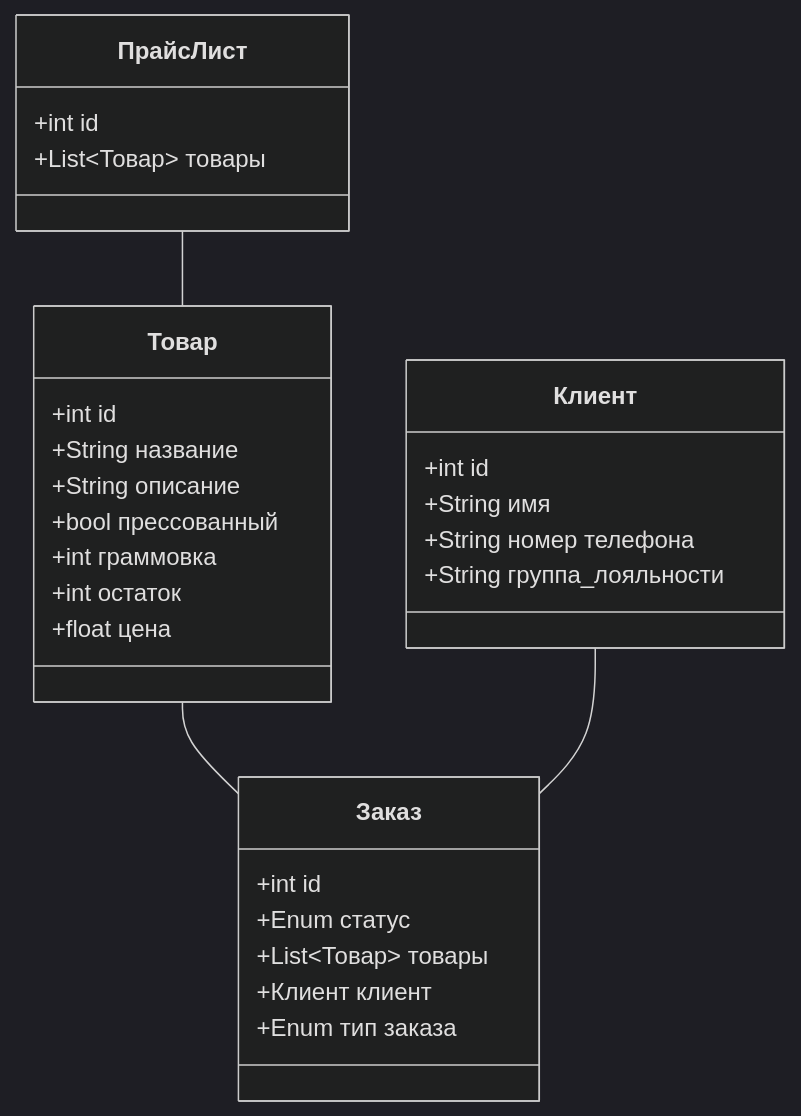
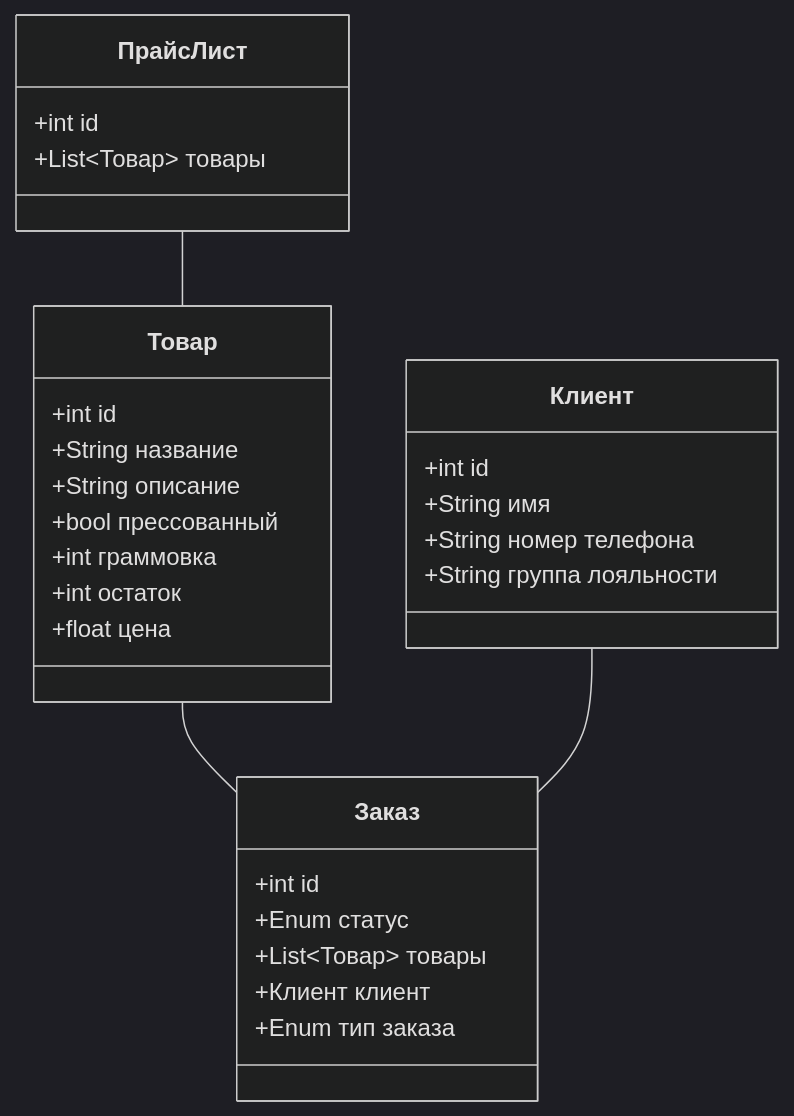
The first of 2 diagrams in obsidian_tech_task/ТЗ Чайной/Диаграммы/Диаграмма классов.md (jenya-second/TeaHouse), drawn with Mermaid (dark theme) before and after one commit. The commit also changed other lines of this file and 25 other files, not shown here.

````diff
--- a/obsidian_tech_task/ТЗ Чайной/Диаграммы/Диаграмма классов.md
+++ b/obsidian_tech_task/ТЗ Чайной/Диаграммы/Диаграмма классов.md
@@ -6,37 +8,37 @@
 ```mermaid
 classDiagram
     class Товар {
         +int id
         +String название
         +String описание
         +bool прессованный
         +int граммовка
         +int остаток
         +float цена
     }
 
     class Клиент {
         +int id
         +String имя
         +String номер телефона
-        +String группа_лояльности
+        +String группа лояльности
     }
 
     class Заказ {
         +int id
         +Enum статус
         +List<Товар> товары
         +Клиент клиент
         +Enum тип заказа
     }
 
     class ПрайсЛист {
         +int id
         +List<Товар> товары
     }
 
     Товар -- Заказ
     Клиент -- Заказ
     ПрайсЛист -- Товар
 
 ```
````
